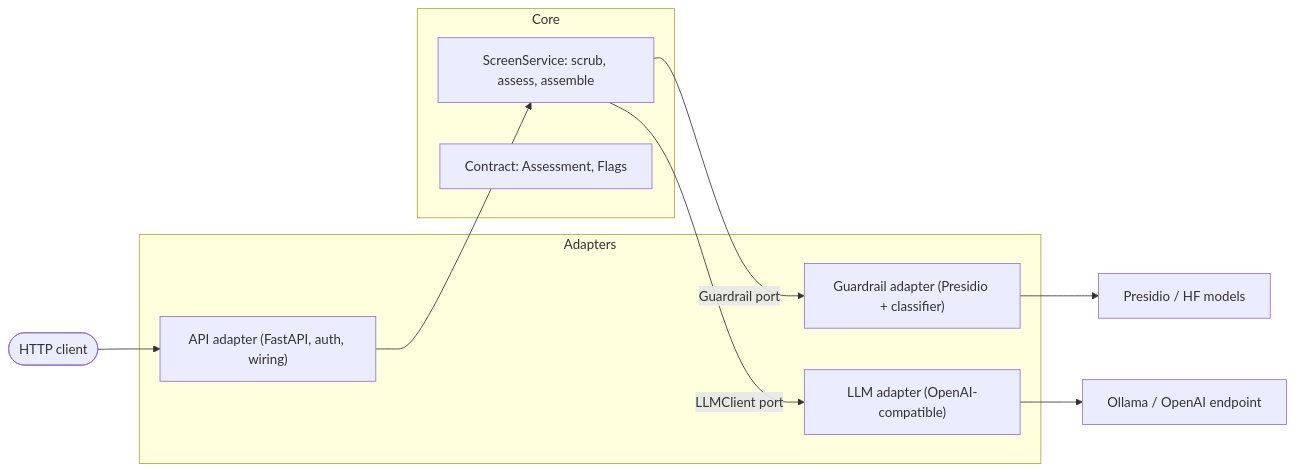
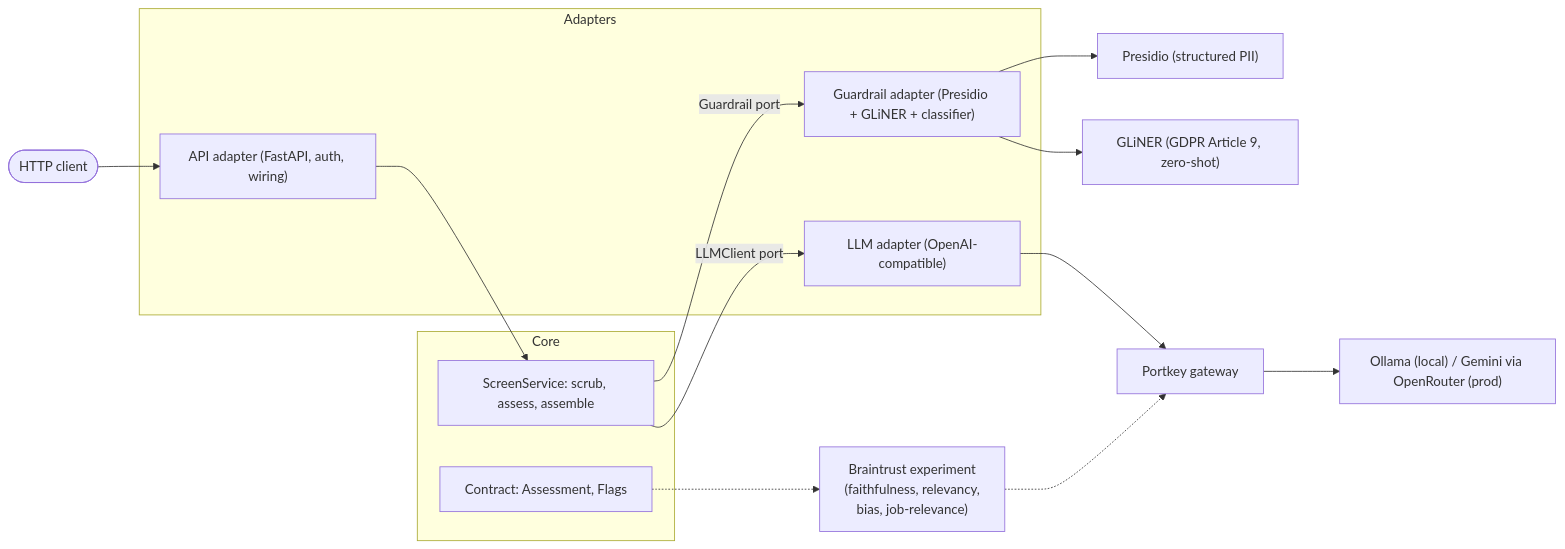
The diagram in README.md (inesaranab/screening), drawn with Mermaid before and after one commit. The commit also changed other lines of this file and 14 other files, not shown here.

````diff
--- a/README.md
+++ b/README.md
@@ -165,21 +274,26 @@
 ```mermaid
 flowchart LR
     client([HTTP client]) --> api
 
     subgraph Adapters
         api["API adapter (FastAPI, auth, wiring)"]
-        guard["Guardrail adapter (Presidio + classifier)"]
+        guard["Guardrail adapter (Presidio + GLiNER + classifier)"]
         llm["LLM adapter (OpenAI-compatible)"]
     end
 
     subgraph Core
         service["ScreenService: scrub, assess, assemble"]
         contract["Contract: Assessment, Flags"]
     end
 
     api --> service
     service -->|Guardrail port| guard
     service -->|LLMClient port| llm
-    guard --> presidio["Presidio / HF models"]
-    llm --> ollama["Ollama / OpenAI endpoint"]
+    guard --> presidio["Presidio (structured PII)"]
+    guard --> gliner["GLiNER (GDPR Article 9, zero-shot)"]
+    llm --> gateway["Portkey gateway"]
+    gateway --> model["Ollama (local) / Gemini via OpenRouter (prod)"]
+
+    de["Braintrust experiment<br/>(faithfulness, relevancy,<br/>bias, job-relevance)"] -.-> gateway
+    contract -.-> de
 ```
````
